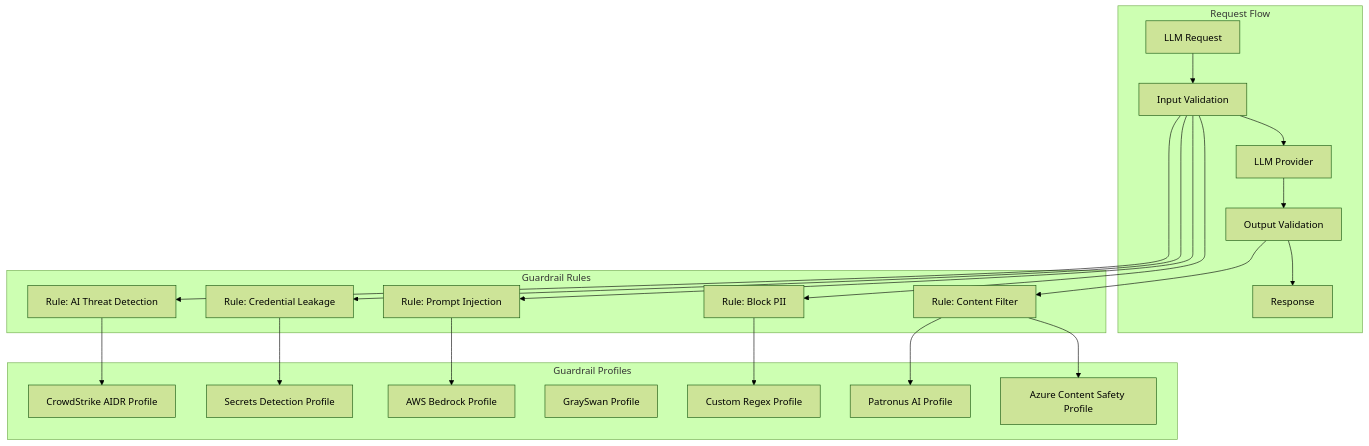
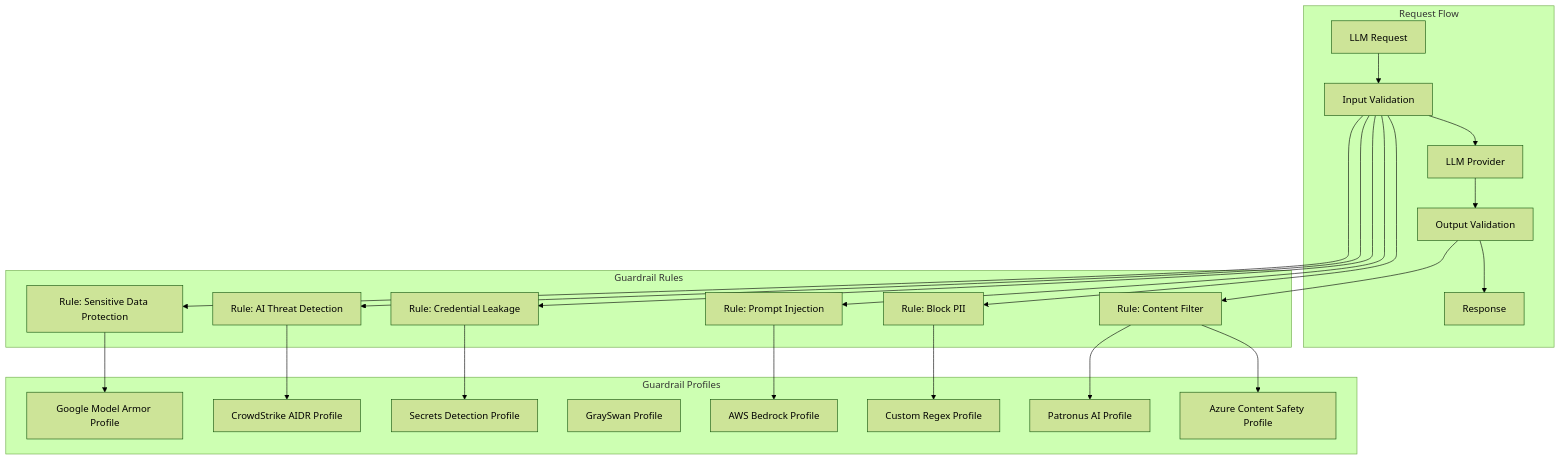
The diagram in docs/enterprise/guardrails.mdx (akhsaul/bifrost), drawn with Mermaid (forest theme) before and after one commit. The commit also changed other lines of this file and 96 other files, not shown here.

````diff
--- a/docs/enterprise/guardrails.mdx
+++ b/docs/enterprise/guardrails.mdx
@@ -82,40 +85,44 @@
 ```mermaid
 flowchart TB
     subgraph request_flow [Request Flow]
         Request[LLM Request] --> InputValidation[Input Validation]
         InputValidation --> LLMProvider[LLM Provider]
         LLMProvider --> OutputValidation[Output Validation]
         OutputValidation --> Response[Response]
     end
 
     subgraph rules [Guardrail Rules]
         Rule1[Rule: Block PII]
         Rule2[Rule: Content Filter]
         Rule3[Rule: Prompt Injection]
         Rule4[Rule: Credential Leakage]
         Rule5[Rule: AI Threat Detection]
+        Rule6[Rule: Sensitive Data Protection]
     end
 
     subgraph profiles [Guardrail Profiles]
         Profile1[AWS Bedrock Profile]
         Profile2[Azure Content Safety Profile]
         Profile3[Patronus AI Profile]
         Profile4[GraySwan Profile]
         Profile5[Secrets Detection Profile]
         Profile6[Custom Regex Profile]
         Profile7[CrowdStrike AIDR Profile]
+        Profile8[Google Model Armor Profile]
     end
 
     InputValidation --> Rule1
     InputValidation --> Rule3
     InputValidation --> Rule4
     InputValidation --> Rule5
+    InputValidation --> Rule6
     OutputValidation --> Rule2
 
     Rule1 --> Profile6
     Rule2 --> Profile2
     Rule2 --> Profile3
     Rule3 --> Profile1
     Rule4 --> Profile5
     Rule5 --> Profile7
+    Rule6 --> Profile8
 ```
````
